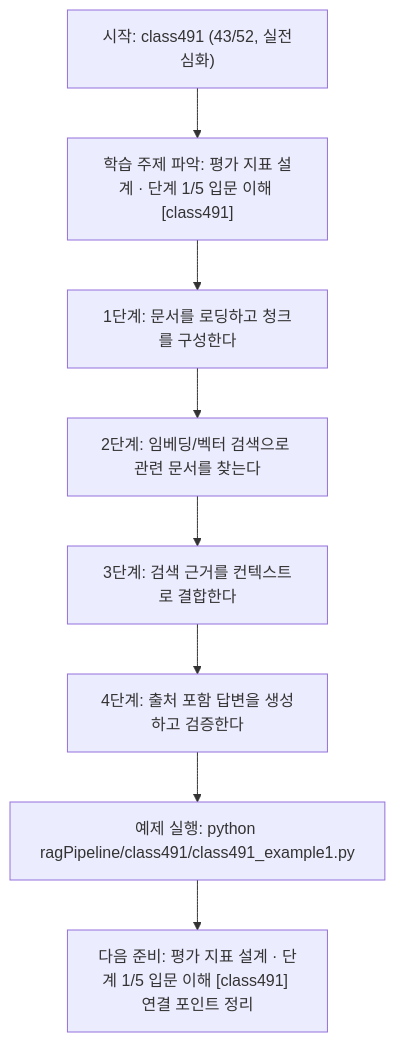
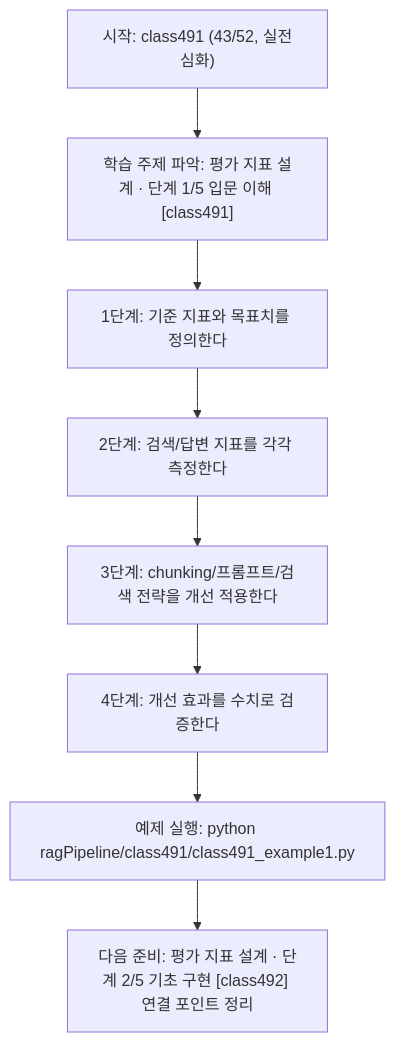
Before and after one commit to edumgt/Python-AI_Agent-Class: the diagram in ragPipeline/class491/class491.md, drawn with Mermaid. The commit also changed other lines of this file and 367 other files, not shown here.

````diff
--- a/ragPipeline/class491/class491.md
+++ b/ragPipeline/class491/class491.md
@@ -111,18 +92,18 @@
 ```mermaid
 flowchart TD
 N1["시작: class491 (43/52, 실전심화)"]
 N2["학습 주제 파악: 평가 지표 설계 · 단계 1/5 입문 이해 [class491]"]
-N3["1단계: 문서를 로딩하고 청크를 구성한다"]
-N4["2단계: 임베딩/벡터 검색으로 관련 문서를 찾는다"]
-N5["3단계: 검색 근거를 컨텍스트로 결합한다"]
-N6["4단계: 출처 포함 답변을 생성하고 검증한다"]
+N3["1단계: 기준 지표와 목표치를 정의한다"]
+N4["2단계: 검색/답변 지표를 각각 측정한다"]
+N5["3단계: chunking/프롬프트/검색 전략을 개선 적용한다"]
+N6["4단계: 개선 효과를 수치로 검증한다"]
 N7["예제 실행: python ragPipeline/class491/class491_example1.py"]
-N8["다음 준비: 평가 지표 설계 · 단계 1/5 입문 이해 [class491] 연결 포인트 정리"]
+N8["다음 준비: 평가 지표 설계 · 단계 2/5 기초 구현 [class492] 연결 포인트 정리"]
 N1 --> N2
 N2 --> N3
 N3 --> N4
 N4 --> N5
 N5 --> N6
 N6 --> N7
 N7 --> N8
 ```
````
